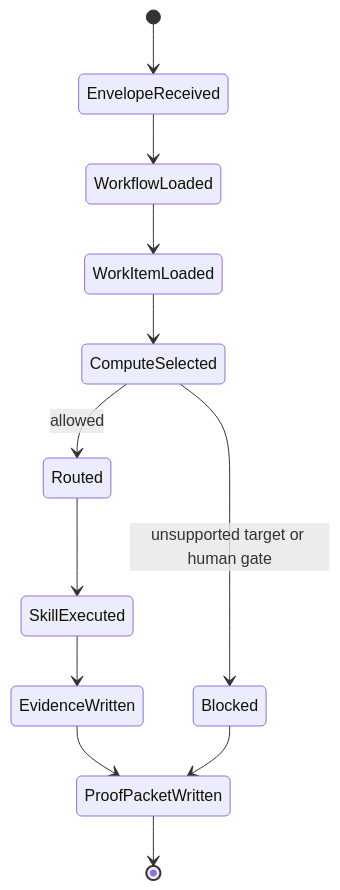
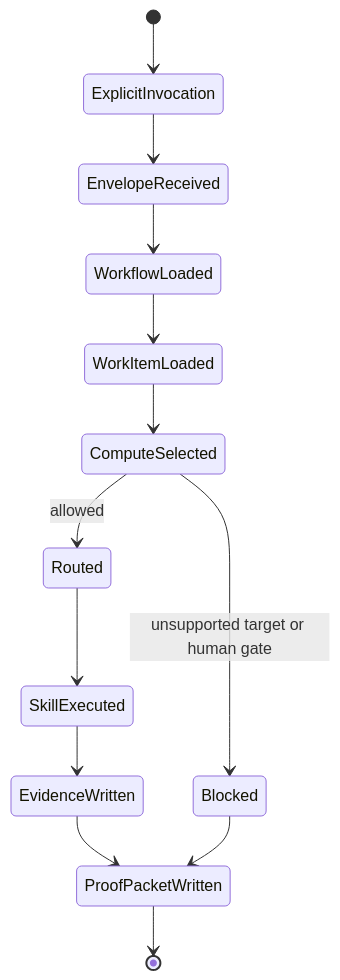
Before and after one commit to ZanarkandTechnologies/Farplane: the second of 4 diagrams in docs/specs/board-compute-orchestration.md, drawn with Mermaid. The commit also changed other lines of this file and 17 other files, not shown here.

Commit message:
docs(invocation): require explicit ticket run triggers

````diff
--- a/docs/specs/board-compute-orchestration.md
+++ b/docs/specs/board-compute-orchestration.md
@@ -315,14 +329,15 @@
 ```mermaid
 stateDiagram-v2
-  [*] --> EnvelopeReceived
+  [*] --> ExplicitInvocation
+  ExplicitInvocation --> EnvelopeReceived
   EnvelopeReceived --> WorkflowLoaded
   WorkflowLoaded --> WorkItemLoaded
   WorkItemLoaded --> ComputeSelected
   ComputeSelected --> Blocked: unsupported target or human gate
   ComputeSelected --> Routed: allowed
   Routed --> SkillExecuted
   SkillExecuted --> EvidenceWritten
   EvidenceWritten --> ProofPacketWritten
   ProofPacketWritten --> [*]
   Blocked --> ProofPacketWritten
 ```
````
